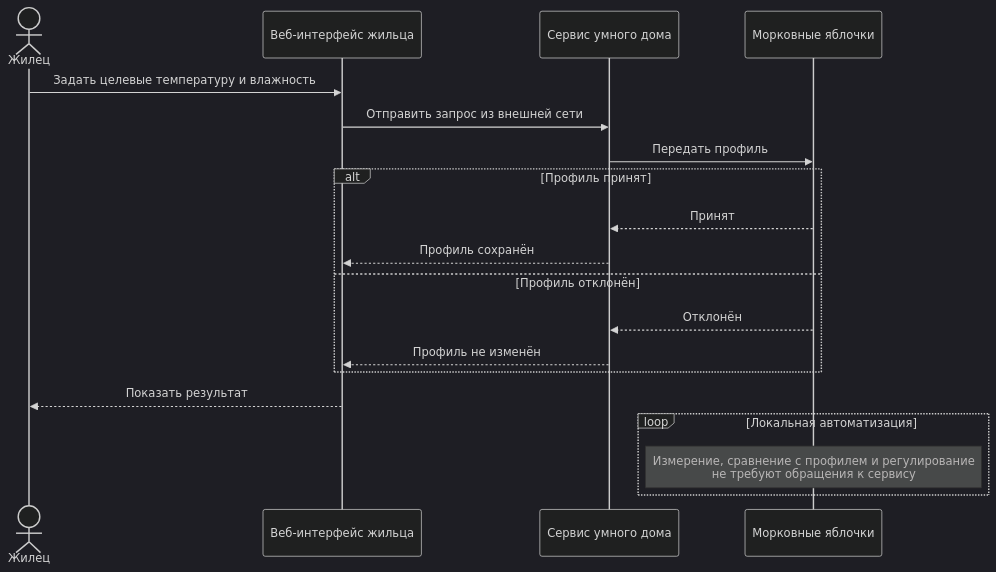
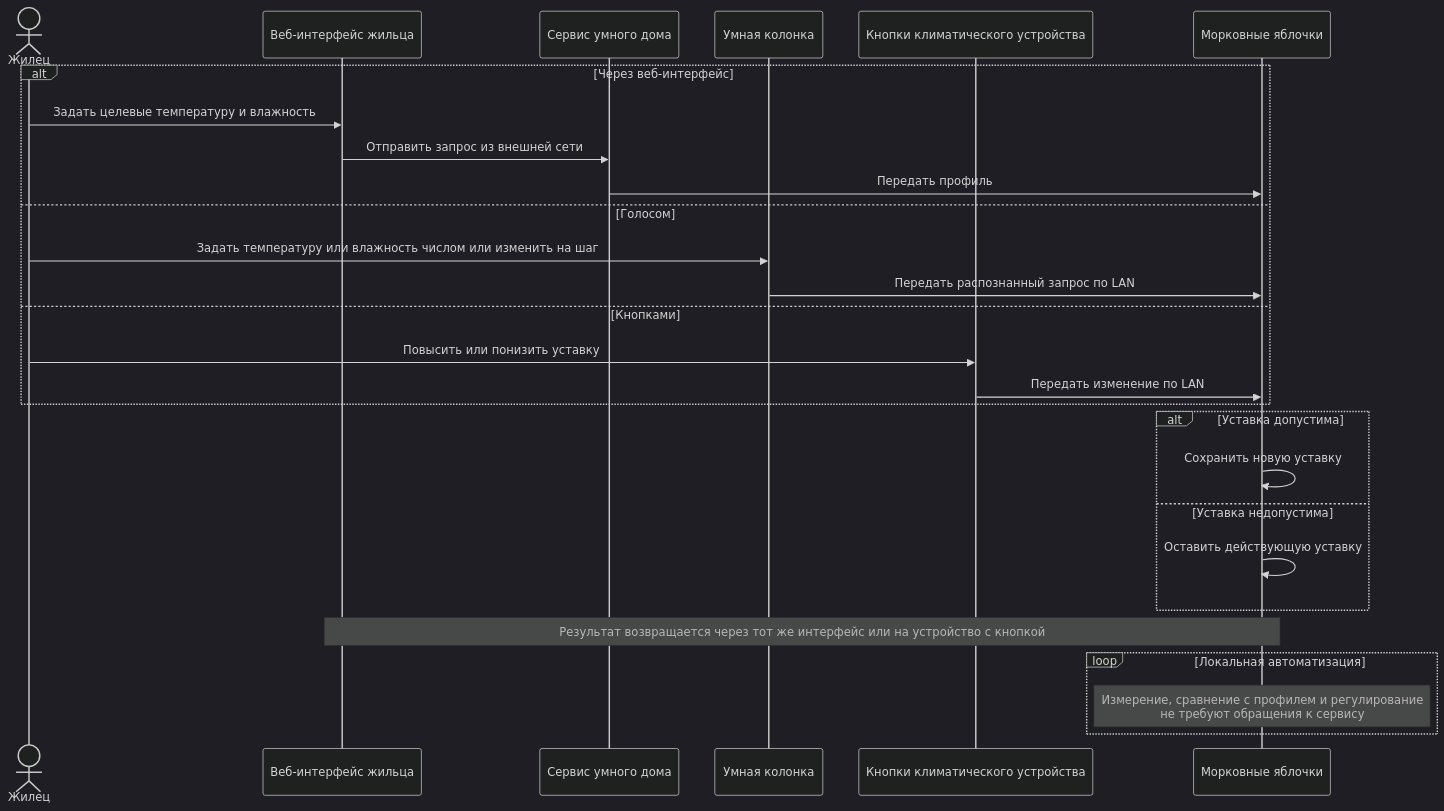
The diagram in customer_side/base_scenarios/S01_CLIMATE.md (BPLA-Team/carrot-apples), drawn with Mermaid (dark theme) before and after one commit. The commit also changed other lines of this file and 19 other files, not shown here.

Commit message:
docs(architecture): describe physical controls and voice climate settings

````diff
--- a/customer_side/base_scenarios/S01_CLIMATE.md
+++ b/customer_side/base_scenarios/S01_CLIMATE.md
@@ -3,21 +3,29 @@
 ```mermaid
 sequenceDiagram
     actor R as Жилец
     participant W as Веб-интерфейс жильца
     participant S as Сервис умного дома
+    participant K as Умная колонка
+    participant B as Кнопки климатического устройства
     participant H as Морковные яблочки
-    R->>W: Задать целевые температуру и влажность
-    W->>S: Отправить запрос из внешней сети
-    S->>H: Передать профиль
-    alt Профиль принят
-        H-->>S: Принят
-        S-->>W: Профиль сохранён
-    else Профиль отклонён
-        H-->>S: Отклонён
-        S-->>W: Профиль не изменён
+    alt Через веб-интерфейс
+        R->>W: Задать целевые температуру и влажность
+        W->>S: Отправить запрос из внешней сети
+        S->>H: Передать профиль
+    else Голосом
+        R->>K: Задать температуру или влажность числом или изменить на шаг
+        K->>H: Передать распознанный запрос по LAN
+    else Кнопками
+        R->>B: Повысить или понизить уставку
+        B->>H: Передать изменение по LAN
     end
-    W-->>R: Показать результат
+    alt Уставка допустима
+        H->>H: Сохранить новую уставку
+    else Уставка недопустима
+        H->>H: Оставить действующую уставку
+    end
+    Note over W,H: Результат возвращается через тот же интерфейс или на устройство с кнопкой
     loop Локальная автоматизация
         Note over H: Измерение, сравнение с профилем и регулирование<br/>не требуют обращения к сервису
     end
 ```
````
